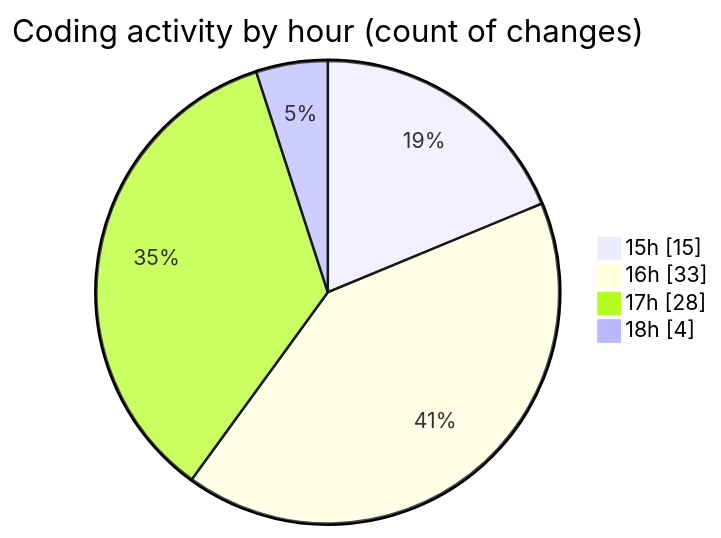
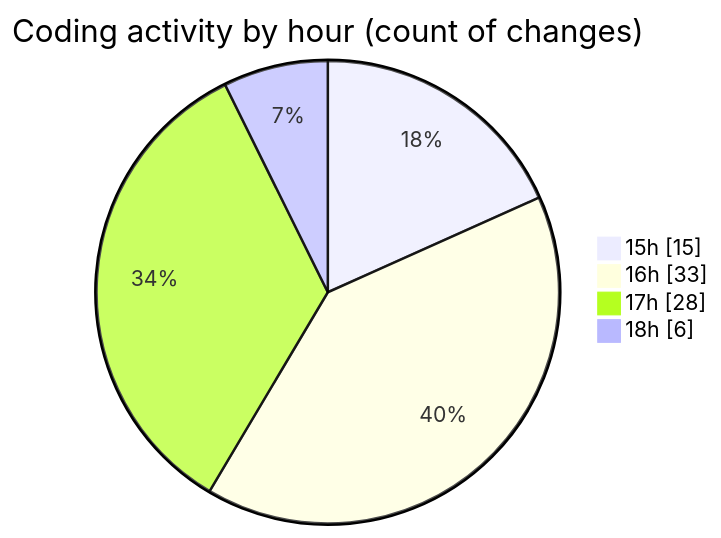
The second of 2 diagrams in 2025-02-25/trackers_app/README.md (donsfak/code-tracking), drawn with Mermaid before and after one commit. The commit also changed other lines of this file and 1 other file, not shown here.

````diff
--- a/2025-02-25/trackers_app/README.md
+++ b/2025-02-25/trackers_app/README.md
@@ -39,8 +39,8 @@
 ```mermaid
 pie showData
 title Coding activity by hour (count of changes)
 "15h" : 15
 "16h" : 33
 "17h" : 28
-"18h" : 4
+"18h" : 6
 ```
````
